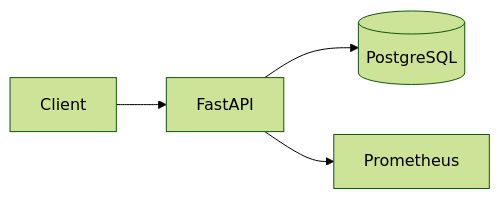
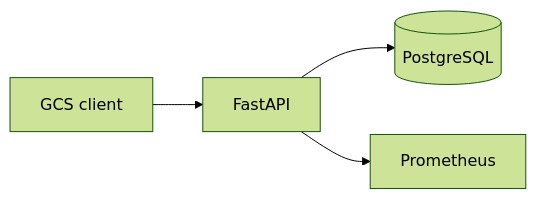
One commit to linxok/defensetech-roadmap changed the diagram in 16-projects/solution/starter-template/README.md. Above: the diagram before and after it, drawn with Mermaid (forest theme). The commit also changed other lines of this file and 165 other files, not shown here.

````diff
--- a/16-projects/solution/starter-template/README.md
+++ b/16-projects/solution/starter-template/README.md
@@ -23,6 +27,6 @@
 ```mermaid
 graph LR
-    Client --> API[FastAPI]
+    GCS[GCS client] --> API[FastAPI]
     API --> DB[(PostgreSQL)]
     API --> Metrics[Prometheus]
 ```
````
